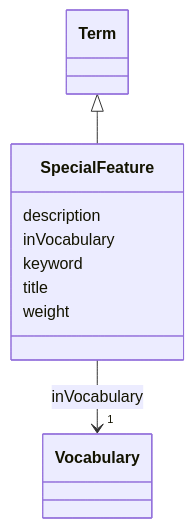
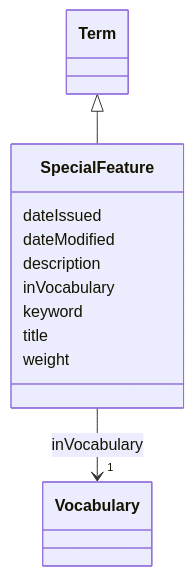
The diagram in models/docs/SpecialFeature.md (EVORA-project/evora-ontology), drawn with Mermaid before and after one commit. The commit also changed other lines of this file and 377 other files, not shown here.

````diff
--- a/models/docs/SpecialFeature.md
+++ b/models/docs/SpecialFeature.md
@@ -19,26 +19,30 @@
 ```mermaid
  classDiagram
     class SpecialFeature
     click SpecialFeature href "../SpecialFeature"
       Term <|-- SpecialFeature
         click Term href "../Term"
       
+      SpecialFeature : dateIssued
+        
+      SpecialFeature : dateModified
+        
       SpecialFeature : description
         
       SpecialFeature : inVocabulary
         
           
     
     
     SpecialFeature --> "1" Vocabulary : inVocabulary
     click Vocabulary href "../Vocabulary"
 
         
       SpecialFeature : keyword
         
       SpecialFeature : title
         
       SpecialFeature : weight
         
       
 ```
````
